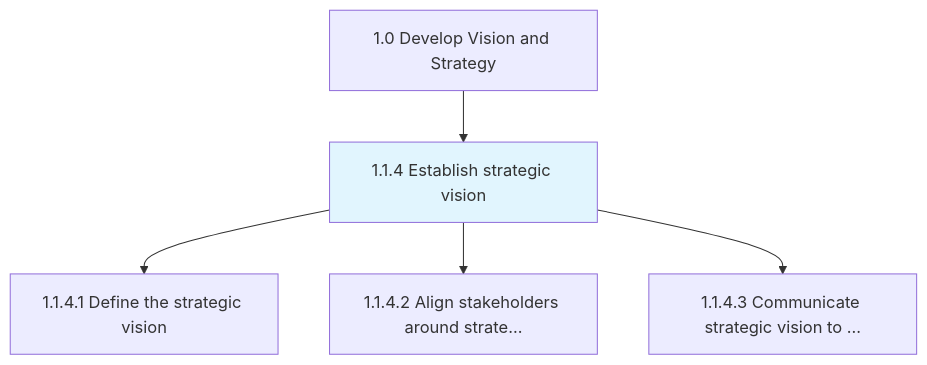
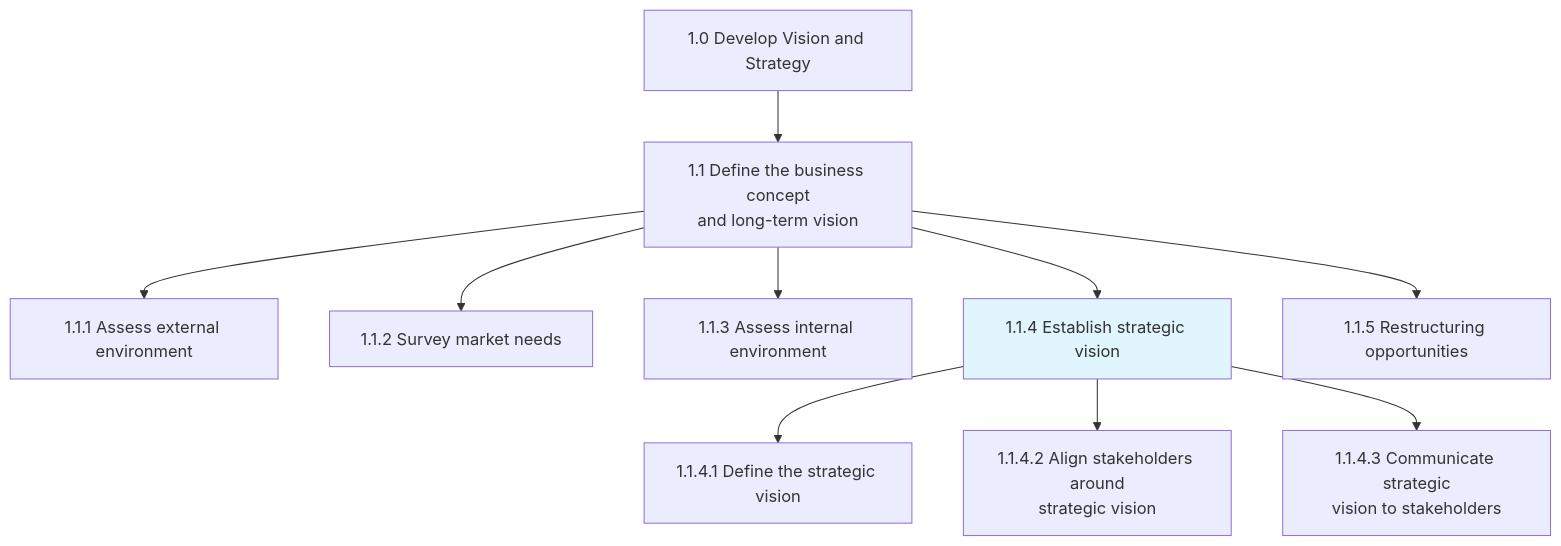
Before and after one commit to kziemski/business.org.ai: the first of 3 diagrams in processes/01-Strategy/1.1.4-EstablishStrategicVision/index.mdx, drawn with Mermaid. The commit also changed other lines of this file and 67 other files, not shown here.

````diff
--- a/processes/01-Strategy/1.1.4-EstablishStrategicVision/index.mdx
+++ b/processes/01-Strategy/1.1.4-EstablishStrategicVision/index.mdx
@@ -25,9 +27,15 @@
 ```mermaid
 graph TD
     C1["1.0 Develop Vision and Strategy"]
-    C1 --> N1_1_4["1.1.4 Establish strategic vision"]
+    C1 --> G11["1.1 Define the business concept<br/>and long-term vision"]
+    G11 --> N1_1_1["1.1.1 Assess external environment"]
+    G11 --> N1_1_2["1.1.2 Survey market needs"]
+    G11 --> N1_1_3["1.1.3 Assess internal environment"]
+    G11 --> N1_1_4["1.1.4 Establish strategic vision"]
+    G11 --> N1_1_5["1.1.5 Restructuring opportunities"]
+
     style N1_1_4 fill:#e1f5fe
     N1_1_4 --> N1_1_4_1["1.1.4.1 Define the strategic vision"]
-    N1_1_4 --> N1_1_4_2["1.1.4.2 Align stakeholders around strate..."]
-    N1_1_4 --> N1_1_4_3["1.1.4.3 Communicate strategic vision to ..."]
+    N1_1_4 --> N1_1_4_2["1.1.4.2 Align stakeholders around<br/>strategic vision"]
+    N1_1_4 --> N1_1_4_3["1.1.4.3 Communicate strategic<br/>vision to stakeholders"]
 ```
````
